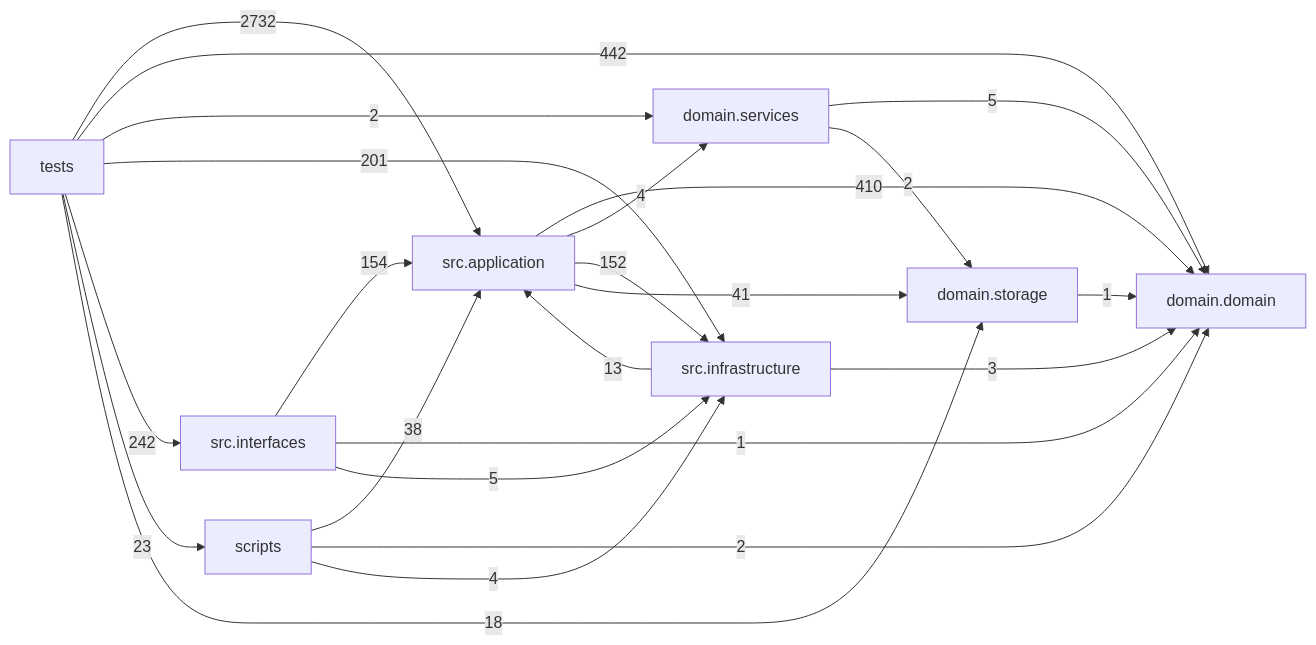
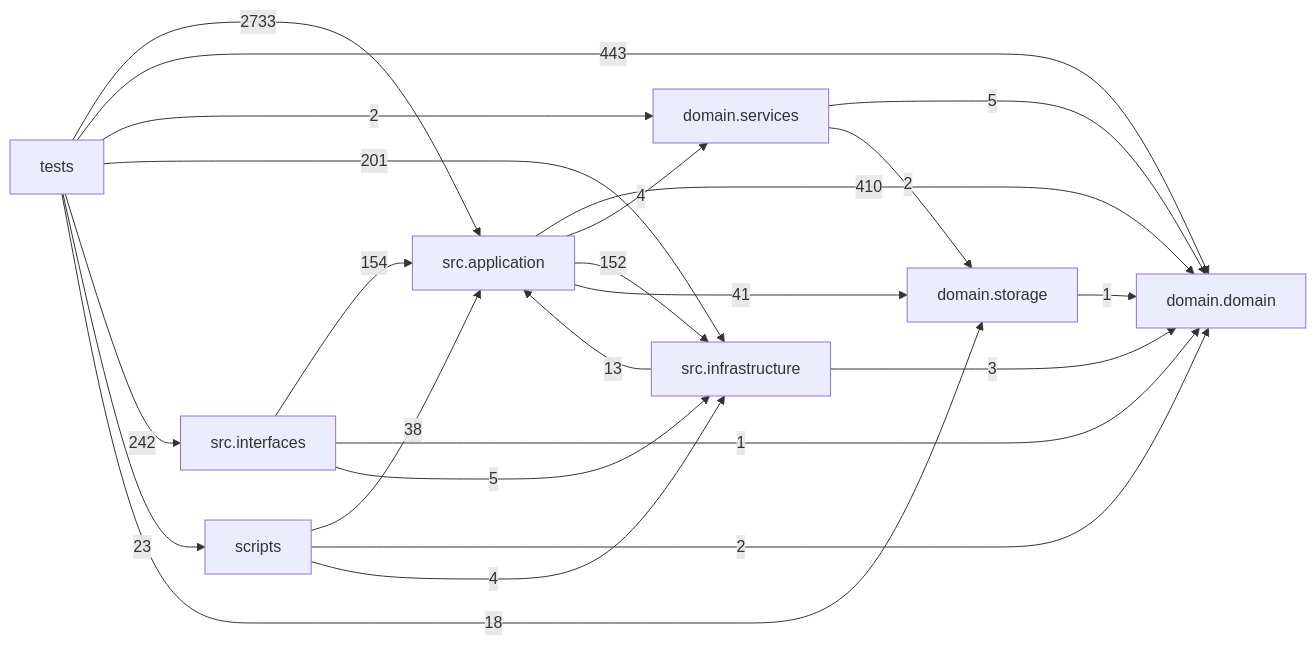
Before and after one commit to liuxie066/options-monitor: the diagram in docs/DEPENDENCY_GRAPH.md, drawn with Mermaid. The commit also changed other lines of this file and 3 other files, not shown here.

````diff
--- a/docs/DEPENDENCY_GRAPH.md
+++ b/docs/DEPENDENCY_GRAPH.md
@@ -24,33 +24,33 @@
 ```mermaid
 flowchart LR
   tests["tests"]
   scripts["scripts"]
   interfaces["src.interfaces"]
   application["src.application"]
   infrastructure["src.infrastructure"]
   domain_services["domain.services"]
   domain["domain.domain"]
   storage["domain.storage"]
   application -->|410| domain
   application -->|4| domain_services
   application -->|152| infrastructure
   application -->|41| storage
   domain_services -->|5| domain
   domain_services -->|2| storage
   infrastructure -->|13| application
   infrastructure -->|3| domain
   interfaces -->|154| application
   interfaces -->|1| domain
   interfaces -->|5| infrastructure
   scripts -->|38| application
   scripts -->|2| domain
   scripts -->|4| infrastructure
   storage -->|1| domain
-  tests -->|2732| application
-  tests -->|442| domain
+  tests -->|2733| application
+  tests -->|443| domain
   tests -->|2| domain_services
   tests -->|201| infrastructure
   tests -->|242| interfaces
   tests -->|23| scripts
   tests -->|18| storage
 ```
````
